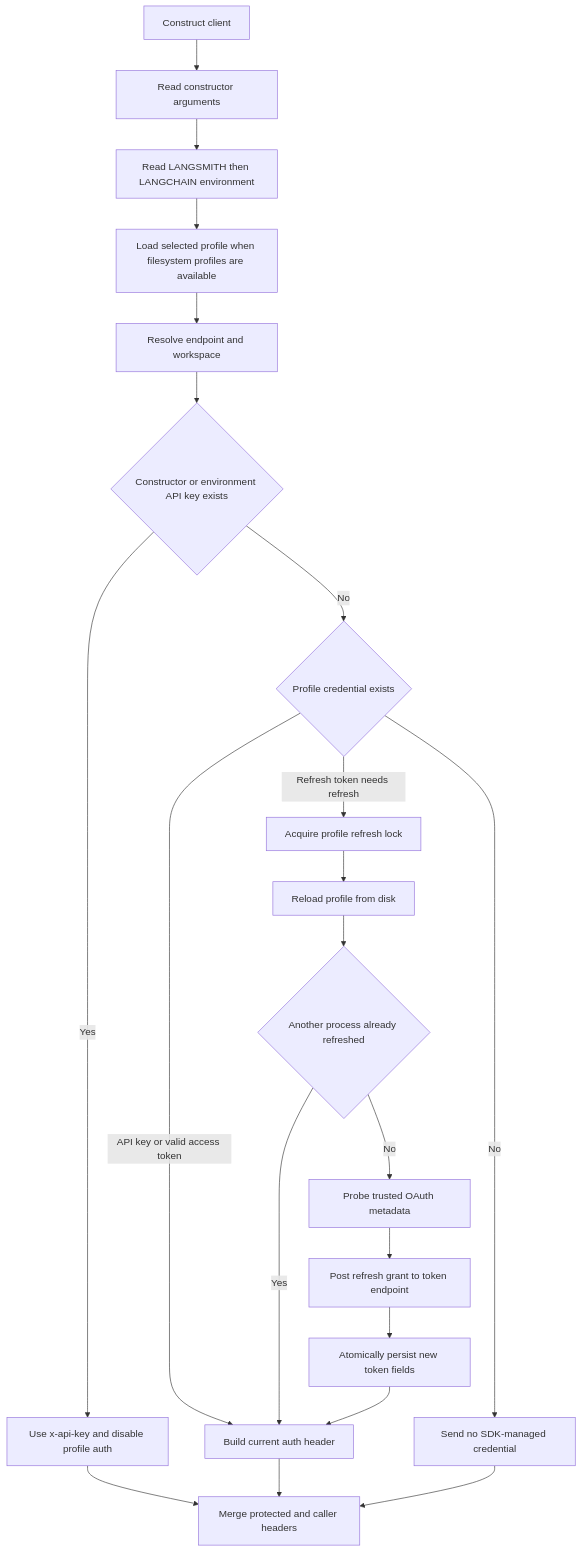
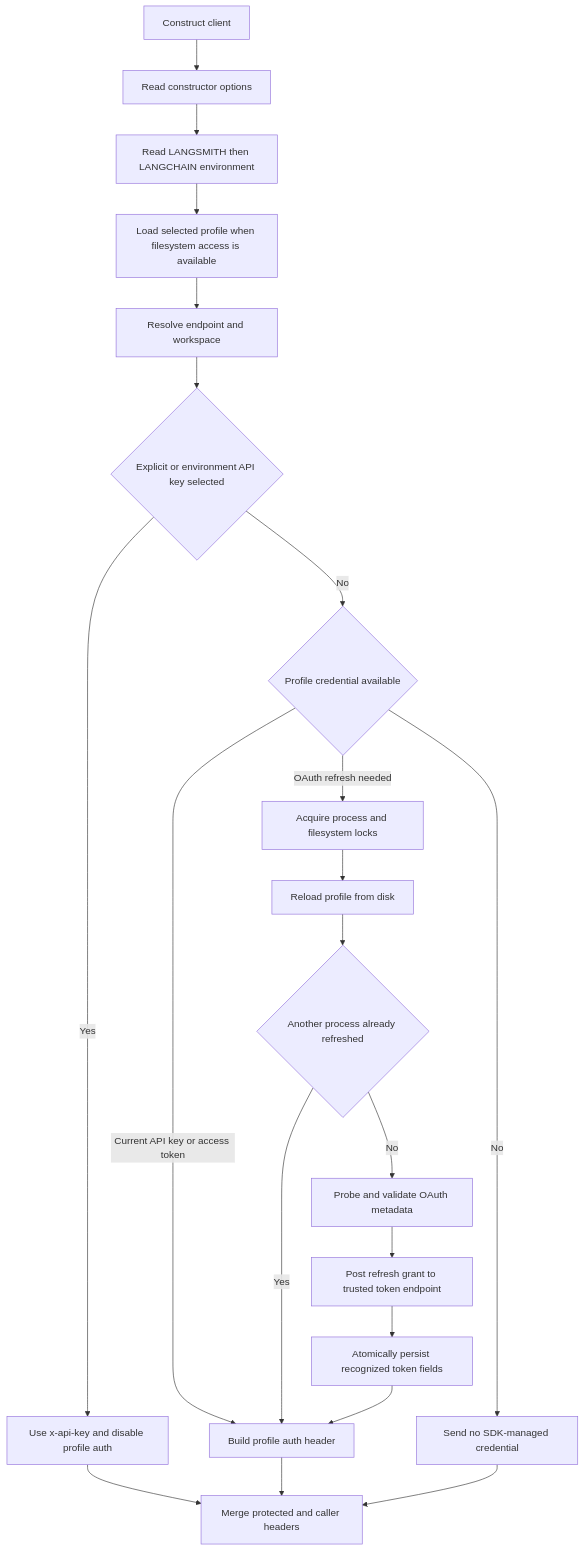
One commit to langchain-ai/langsmith-sdk changed the diagram in openwiki/concepts/client-configuration-and-auth.md. Above: the diagram before and after it, drawn with Mermaid. The commit also changed other lines of this file and 13 other files, not shown here.

````diff
--- a/openwiki/concepts/client-configuration-and-auth.md
+++ b/openwiki/concepts/client-configuration-and-auth.md
@@ -74,23 +83,23 @@
 ```mermaid
 flowchart TD
-    Start["Construct client"] --> Args["Read constructor arguments"]
+    Start["Construct client"] --> Args["Read constructor options"]
     Args --> Env["Read LANGSMITH then LANGCHAIN environment"]
-    Env --> Profile["Load selected profile when filesystem profiles are available"]
-    Profile --> Endpoint["Resolve endpoint and workspace"]
-    Endpoint --> Key{"Constructor or environment API key exists"}
+    Env --> Profile["Load selected profile when filesystem access is available"]
+    Profile --> Resolve["Resolve endpoint and workspace"]
+    Resolve --> Key{"Explicit or environment API key selected"}
     Key -->|Yes| ApiKey["Use x-api-key and disable profile auth"]
-    Key -->|No| ProfileCred{"Profile credential exists"}
-    ProfileCred -->|API key or valid access token| Header["Build current auth header"]
-    ProfileCred -->|Refresh token needs refresh| Lock["Acquire profile refresh lock"]
+    Key -->|No| Credential{"Profile credential available"}
+    Credential -->|Current API key or access token| Header["Build profile auth header"]
+    Credential -->|OAuth refresh needed| Lock["Acquire process and filesystem locks"]
     Lock --> Reload["Reload profile from disk"]
     Reload --> Fresh{"Another process already refreshed"}
     Fresh -->|Yes| Header
-    Fresh -->|No| Discover["Probe trusted OAuth metadata"]
-    Discover --> Token["Post refresh grant to token endpoint"]
-    Token --> Save["Atomically persist new token fields"]
+    Fresh -->|No| Discover["Probe and validate OAuth metadata"]
+    Discover --> Token["Post refresh grant to trusted token endpoint"]
+    Token --> Save["Atomically persist recognized token fields"]
     Save --> Header
-    ProfileCred -->|No| Anonymous["Send no SDK-managed credential"]
+    Credential -->|No| Anonymous["Send no SDK-managed credential"]
     ApiKey --> Request["Merge protected and caller headers"]
     Header --> Request
     Anonymous --> Request
 ```
````
